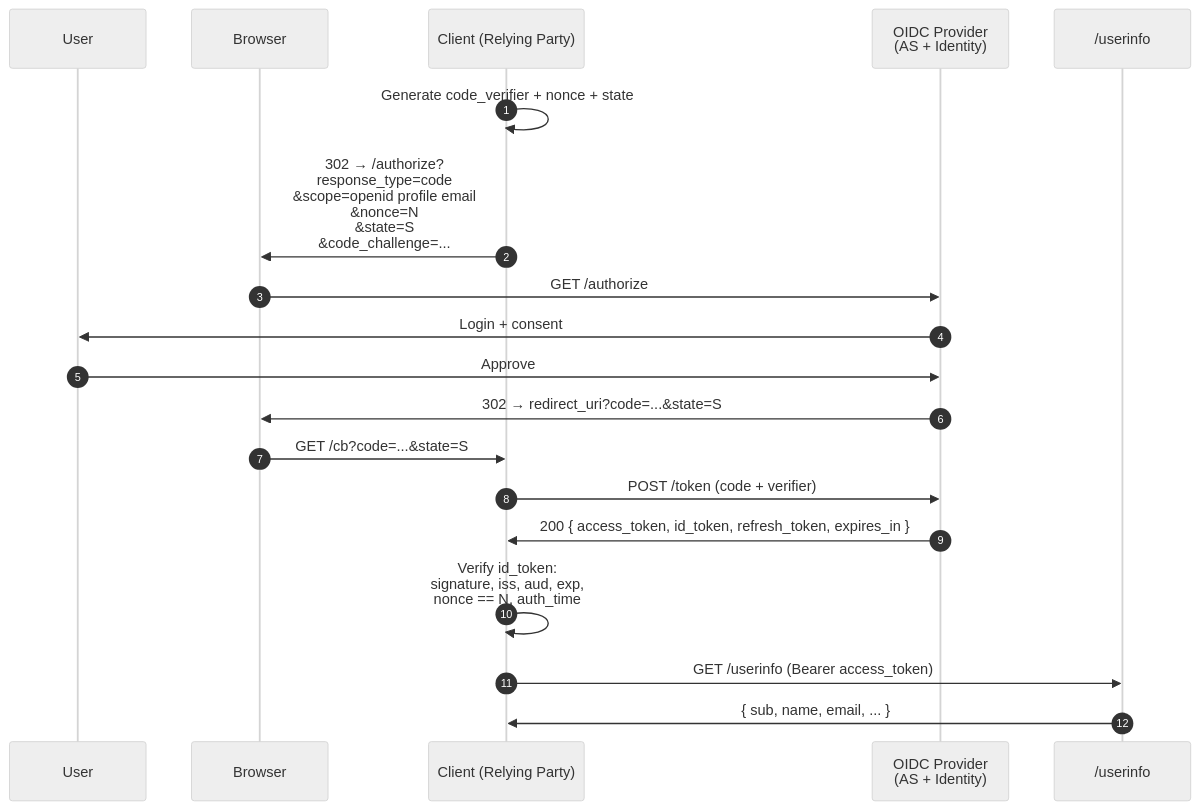
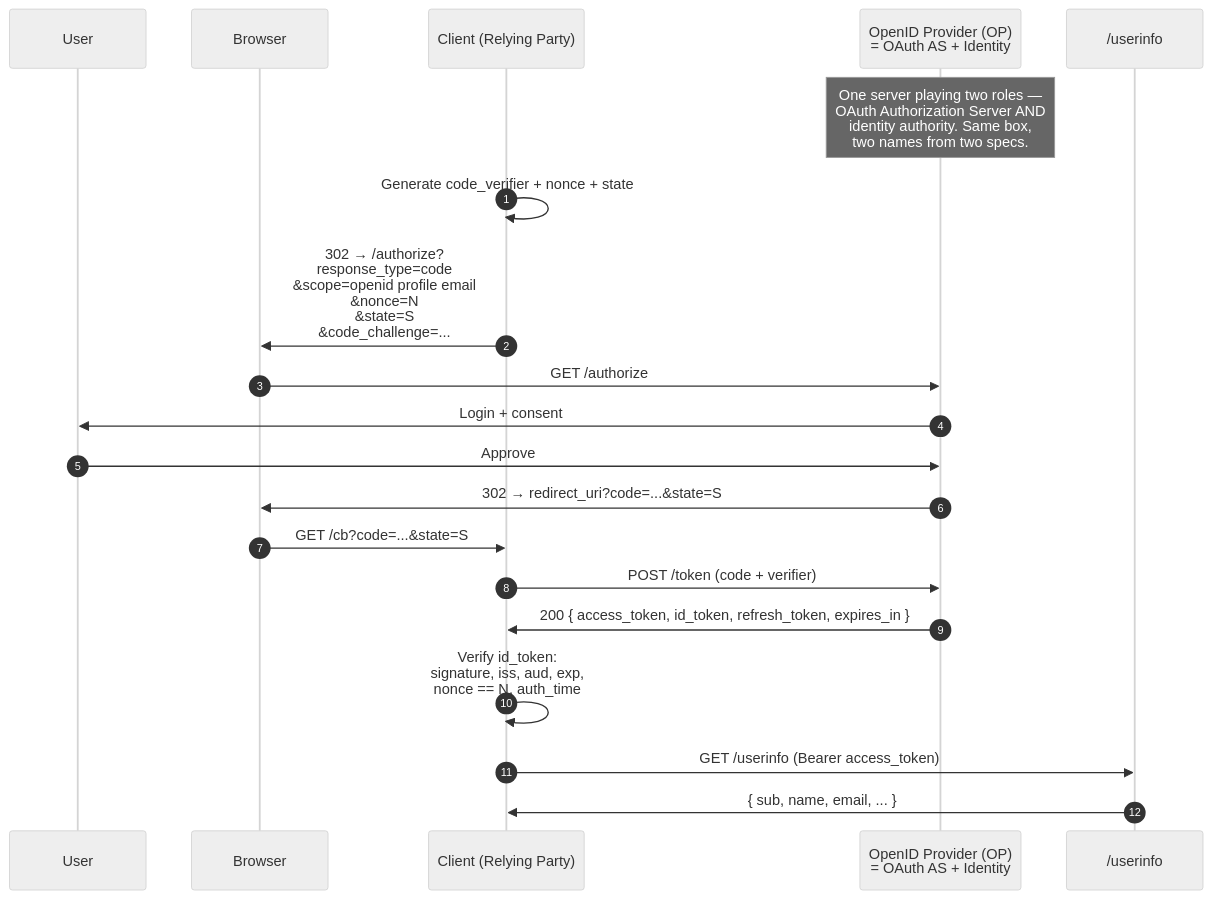
One commit to kubiosec-agentic/oauth-deepdive changed the fourth of 5 diagrams in docs/08-oidc.md. Above: the diagram before and after it, drawn with Mermaid (neutral theme). The commit also changed other lines of this file, not shown here.

````diff
--- a/docs/08-oidc.md
+++ b/docs/08-oidc.md
@@ -68,22 +124,24 @@
 ```mermaid
 sequenceDiagram
     autonumber
     participant U as User
     participant B as Browser
     participant C as Client (Relying Party)
-    participant OP as OIDC Provider<br/>(AS + Identity)
+    participant OP as OpenID Provider (OP)<br/>= OAuth AS + Identity
     participant UI as /userinfo
+
+    Note over OP: One server playing two roles —<br/>OAuth Authorization Server AND<br/>identity authority. Same box,<br/>two names from two specs.
 
     C->>C: Generate code_verifier + nonce + state
     C->>B: 302 → /authorize?<br/>response_type=code<br/>&scope=openid profile email<br/>&nonce=N<br/>&state=S<br/>&code_challenge=...
     B->>OP: GET /authorize
     OP->>U: Login + consent
     U->>OP: Approve
     OP->>B: 302 → redirect_uri?code=...&state=S
     B->>C: GET /cb?code=...&state=S
     C->>OP: POST /token (code + verifier)
     OP->>C: 200 { access_token, id_token, refresh_token, expires_in }
     C->>C: Verify id_token:<br/>signature, iss, aud, exp,<br/>nonce == N, auth_time
     C->>UI: GET /userinfo (Bearer access_token)
     UI->>C: { sub, name, email, ... }
 ```
````
